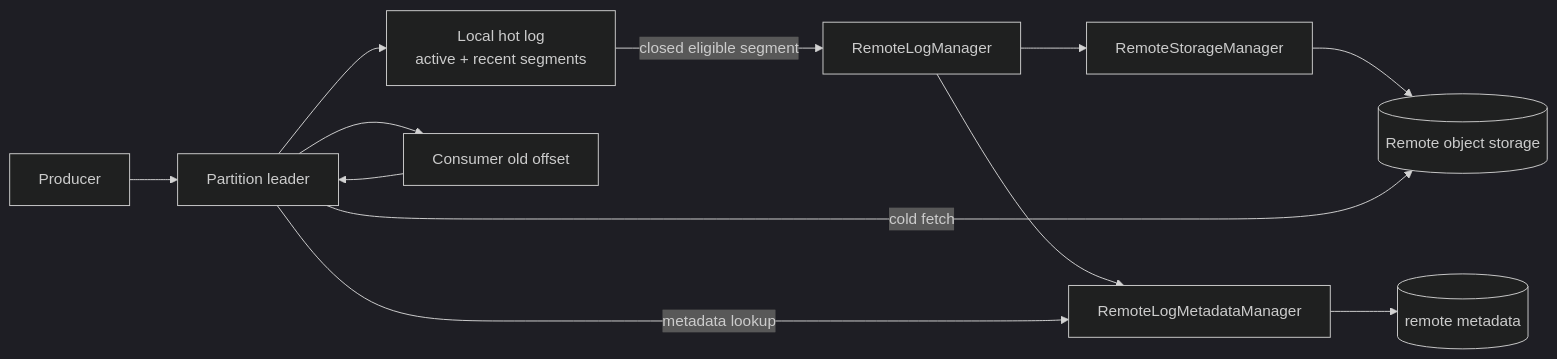
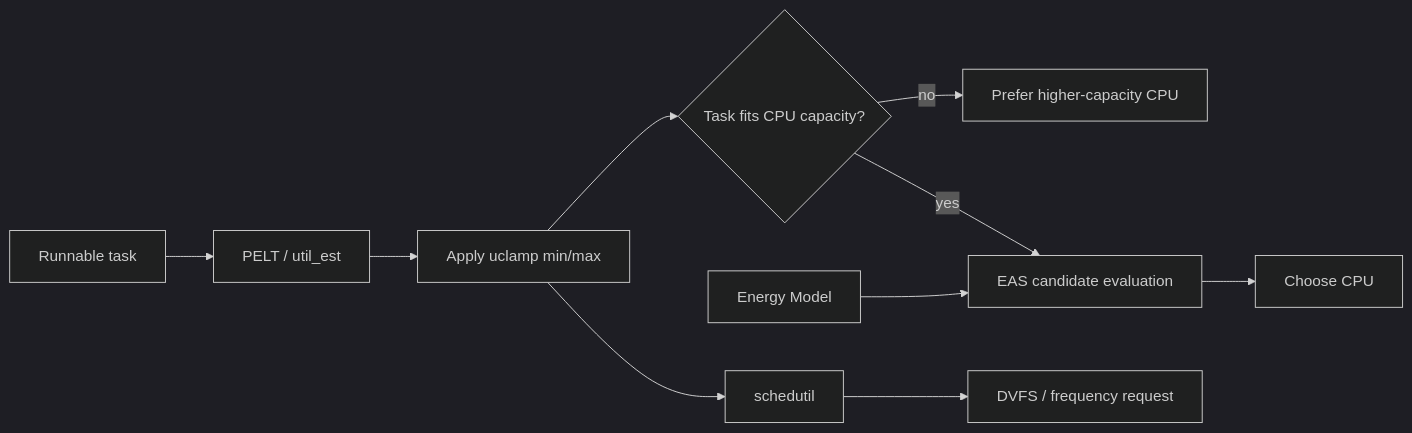
The second of 2 diagrams in daily/2026-09-23/07-00.md (cebrailbagatarhan/software-engineering-interview-roadmap), drawn with Mermaid (dark theme) before and after one commit. The commit also changed other lines of this file, not shown here.

````diff
--- a/daily/2026-09-23/07-00.md
+++ b/daily/2026-09-23/07-00.md
@@ -80,14 +80,12 @@
 ```mermaid
 flowchart LR
-  P[Producer] --> B[Partition leader]
-  B --> H[Local hot log\nactive + recent segments]
-  H -->|closed eligible segment| RLM[RemoteLogManager]
-  RLM --> RSM[RemoteStorageManager]
-  RSM --> O[(Remote object storage)]
-  RLM --> RLMM[RemoteLogMetadataManager]
-  RLMM --> M[(remote metadata)]
-  C[Consumer old offset] --> B
-  B -->|metadata lookup| RLMM
-  B -->|cold fetch| O
-  B --> C
+  T[Runnable task] --> P[PELT / util_est]
+  P --> U[Apply uclamp min/max]
+  U --> F{Task fits CPU capacity?}
+  F -->|no| B[Prefer higher-capacity CPU]
+  F -->|yes| E[EAS candidate evaluation]
+  EM[Energy Model] --> E
+  E --> C[Choose CPU]
+  U --> S[schedutil]
+  S --> D[DVFS / frequency request]
 ```
````
